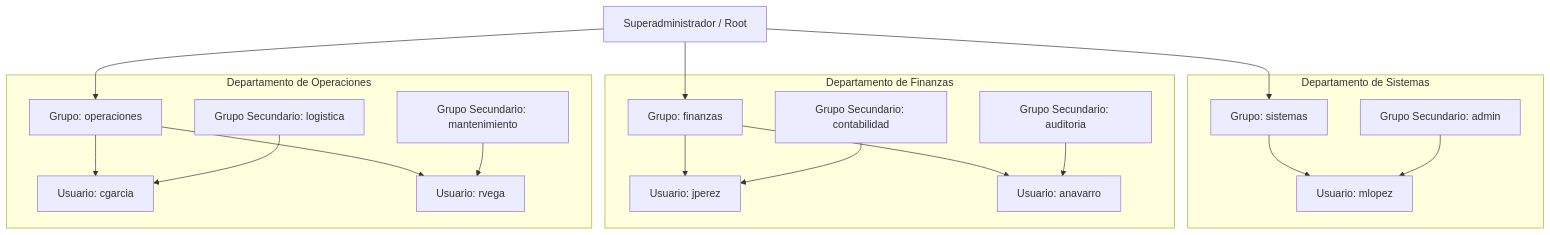
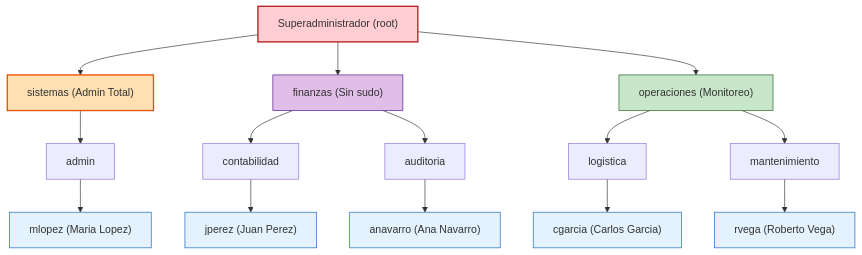
One commit to Alan-Az/Unidad_3 changed the diagram in Tarea_3.1/docs/manual_tecnico.md. Above: the diagram before and after it, drawn with Mermaid. The commit also changed other lines of this file, not shown here.

Commit message:
fix(docs): refactor role hierarchy diagram to clean tree layout

````diff
--- a/Tarea_3.1/docs/manual_tecnico.md
+++ b/Tarea_3.1/docs/manual_tecnico.md
@@ -23,40 +23,34 @@
 ```mermaid
 flowchart TD
-    RootAdmin["Superadministrador / Root"]
+    Root["Superadministrador (root)"]
 
-    subgraph DeptSistemas ["Departamento de Sistemas"]
-        GrpSistemas["Grupo: sistemas"]
-        GrpAdmin["Grupo Secundario: admin"]
-        UserSistemas["Usuario: mlopez"]
-        GrpSistemas --> UserSistemas
-        GrpAdmin --> UserSistemas
-    end
+    %% Departamentos / Grupos Principales
+    Root --> DeptSist["sistemas (Admin Total)"]
+    Root --> DeptFin["finanzas (Sin sudo)"]
+    Root --> DeptOps["operaciones (Monitoreo)"]
 
-    subgraph DeptFinanzas ["Departamento de Finanzas"]
-        GrpFinanzas["Grupo: finanzas"]
-        GrpConta["Grupo Secundario: contabilidad"]
-        GrpAud["Grupo Secundario: auditoria"]
-        UserFin1["Usuario: jperez"]
-        UserFin2["Usuario: anavarro"]
-        GrpFinanzas --> UserFin1
-        GrpConta --> UserFin1
-        GrpFinanzas --> UserFin2
-        GrpAud --> UserFin2
-    end
+    %% Grupos Secundarios
+    DeptSist --> GrpAdmin["admin"]
+    DeptFin --> GrpConta["contabilidad"]
+    DeptFin --> GrpAudit["auditoria"]
+    DeptOps --> GrpLog["logistica"]
+    DeptOps --> GrpMant["mantenimiento"]
 
-    subgraph DeptOperaciones ["Departamento de Operaciones"]
-        GrpOps["Grupo: operaciones"]
-        GrpLog["Grupo Secundario: logistica"]
-        GrpMant["Grupo Secundario: mantenimiento"]
-        UserOps1["Usuario: cgarcia"]
-        UserOps2["Usuario: rvega"]
-        GrpOps --> UserOps1
-        GrpLog --> UserOps1
-        GrpOps --> UserOps2
-        GrpMant --> UserOps2
-    end
+    %% Usuarios Asignados
+    GrpAdmin --> UsrMlopez["mlopez (Maria Lopez)"]
+    GrpConta --> UsrJperez["jperez (Juan Perez)"]
+    GrpAudit --> UsrAnavarro["anavarro (Ana Navarro)"]
+    GrpLog --> UsrCgarcia["cgarcia (Carlos Garcia)"]
+    GrpMant --> UsrRvega["rvega (Roberto Vega)"]
 
-    RootAdmin --> GrpSistemas
-    RootAdmin --> GrpFinanzas
-    RootAdmin --> GrpOps
+    %% Estilos de Nodos
+    style Root fill:#ffcdd2,stroke:#b71c1c,stroke-width:2px
+    style DeptSist fill:#ffe0b2,stroke:#e65100,stroke-width:2px
+    style DeptFin fill:#e1bee7,stroke:#4a148c,stroke-width:1px
+    style DeptOps fill:#c8e6c9,stroke:#1b5e20,stroke-width:1px
+    style UsrMlopez fill:#e3f2fd,stroke:#1565c0,stroke-width:1px
+    style UsrJperez fill:#e3f2fd,stroke:#1565c0,stroke-width:1px
+    style UsrAnavarro fill:#e3f2fd,stroke:#1565c0,stroke-width:1px
+    style UsrCgarcia fill:#e3f2fd,stroke:#1565c0,stroke-width:1px
+    style UsrRvega fill:#e3f2fd,stroke:#1565c0,stroke-width:1px
 ```
````
